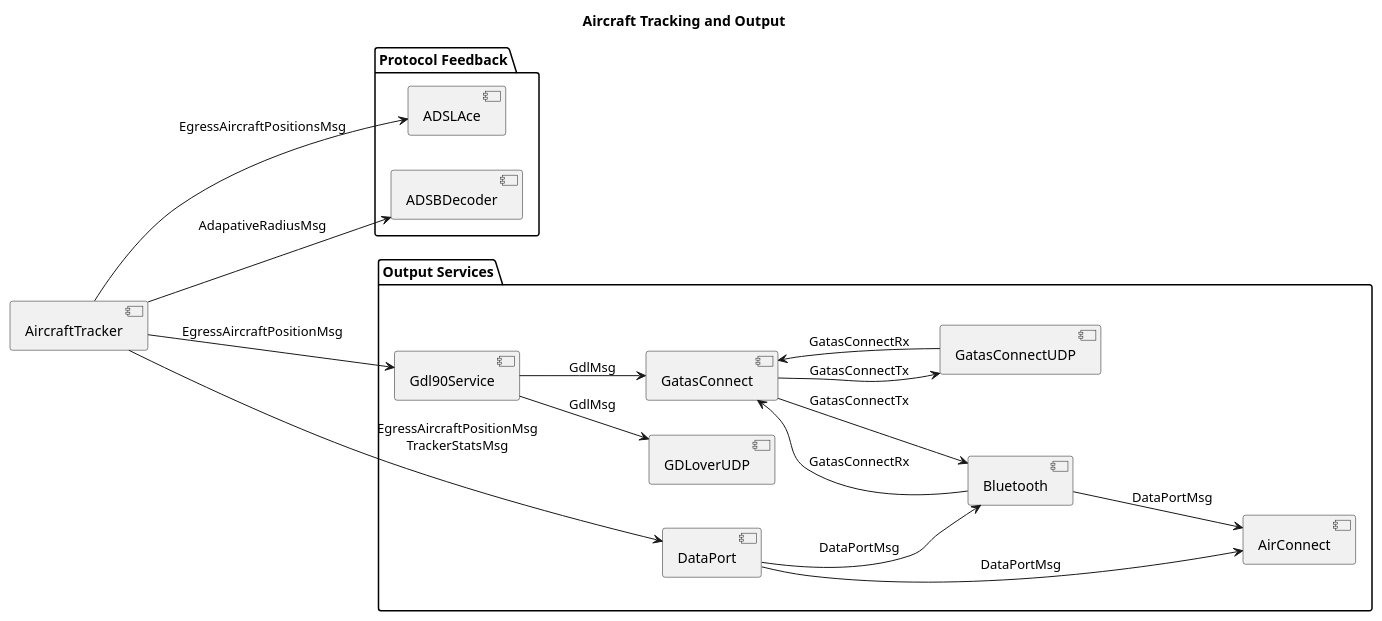
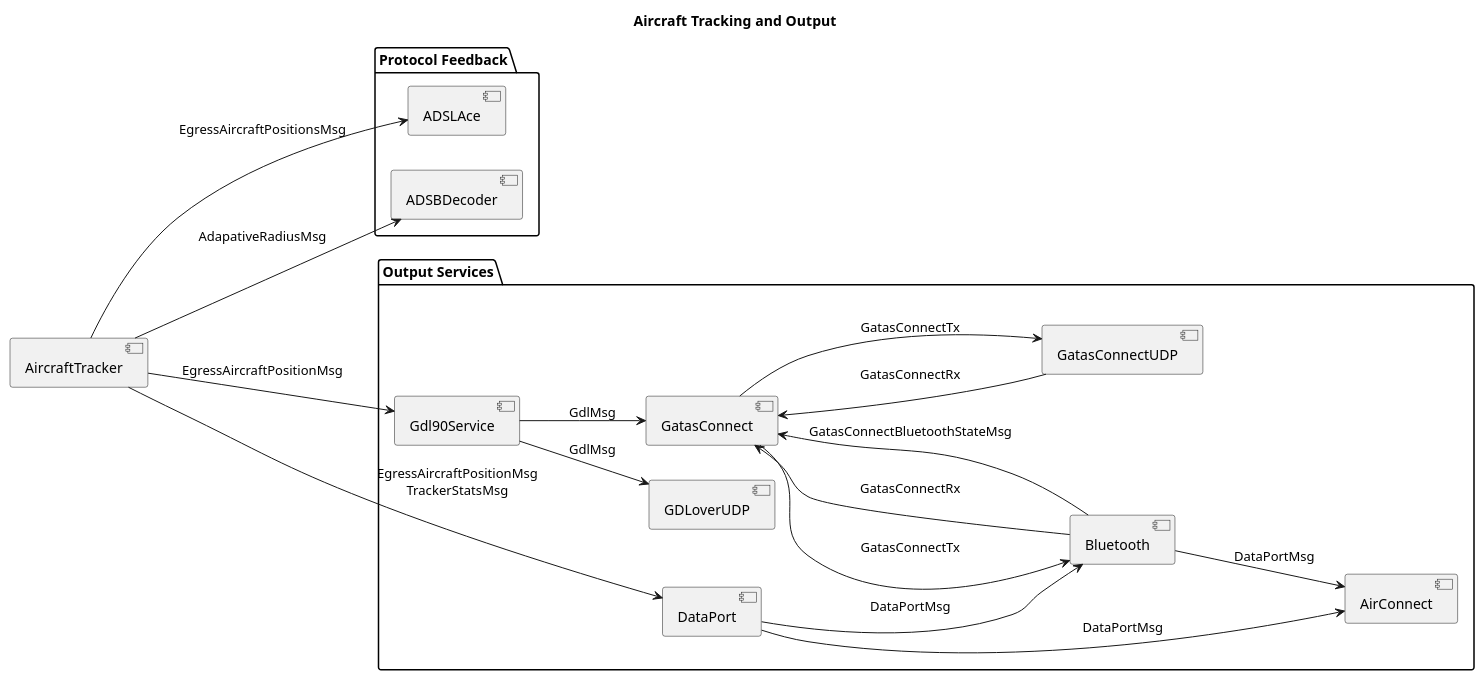
Before and after one commit to gatasConspicuity/gatas: the fourth of 7 diagrams in doc/message-bus.md, drawn with PlantUML. The commit also changed other lines of this file and 30 other files, not shown here.

````diff
--- a/doc/message-bus.md
+++ b/doc/message-bus.md
@@ -249,44 +259,45 @@
 ```plantuml
 ' =====================================================================
 ' TRACKING AND OUTPUT
 ' =====================================================================
 @startuml
 title Aircraft Tracking and Output
 
 left to right direction
 
 [AircraftTracker]
 
 package "Protocol Feedback" {
     [ADSLAce]
     [ADSBDecoder]
 }
 
 package "Output Services" {
     [Gdl90Service]
     [GDLoverUDP]
     [DataPort]
     [GatasConnect]
     [GatasConnectUDP]
     [Bluetooth]
     [AirConnect]
 }
 
 [AircraftTracker] --> [Gdl90Service] : EgressAircraftPositionMsg
 [AircraftTracker] --> [DataPort] : EgressAircraftPositionMsg\nTrackerStatsMsg
 [AircraftTracker] --> [ADSLAce] : EgressAircraftPositionsMsg
 [AircraftTracker] --> [ADSBDecoder] : AdapativeRadiusMsg
 
 [Gdl90Service] --> [GDLoverUDP] : GdlMsg
 [Gdl90Service] --> [GatasConnect] : GdlMsg
 
 [GatasConnect] --> [GatasConnectUDP] : GatasConnectTx
 [GatasConnect] --> [Bluetooth] : GatasConnectTx
 [GatasConnectUDP] --> [GatasConnect] : GatasConnectRx
 [DataPort] --> [Bluetooth] : DataPortMsg
 [Bluetooth] --> [GatasConnect] : GatasConnectRx
+[Bluetooth] --> [GatasConnect] : GatasConnectBluetoothStateMsg
 [Bluetooth] --> [AirConnect] : DataPortMsg
 [DataPort] --> [AirConnect] : DataPortMsg
 
 @enduml
 ```
````
